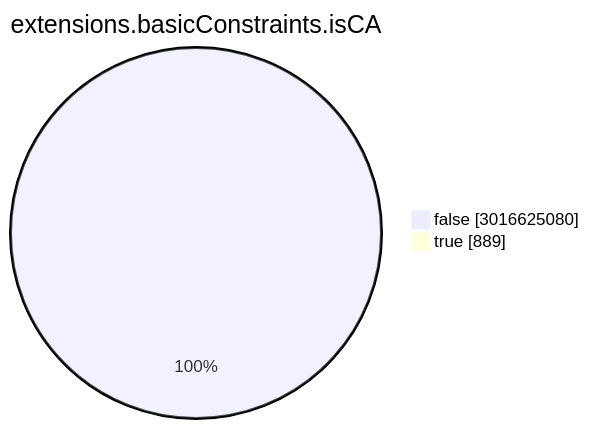
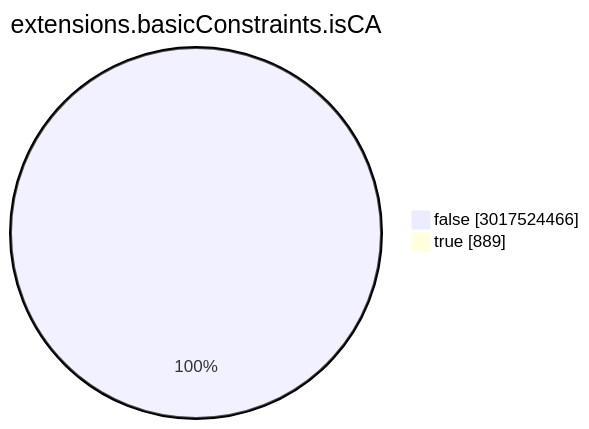
Before and after one commit to christiankrug/ctmonitor_visualization: the seventh of 15 diagrams in TOTAL/README.md, drawn with Mermaid. The commit also changed other lines of this file, not shown here.

````diff
--- a/TOTAL/README.md
+++ b/TOTAL/README.md
@@ -3085,6 +3085,6 @@
 ```mermaid
 pie showData
 title extensions.basicConstraints.isCA
-"false" :3016625080
+"false" :3017524466
 "true" :889
 ```
````
